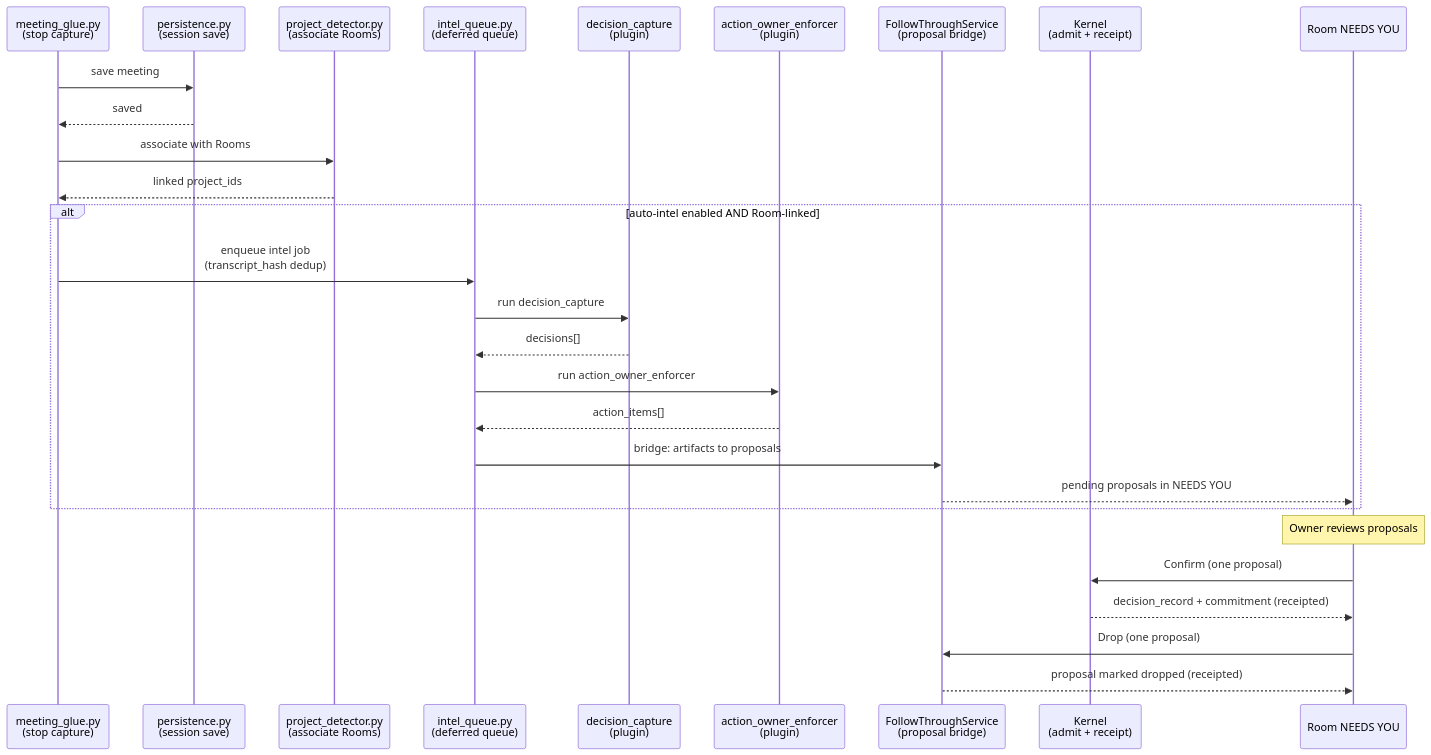
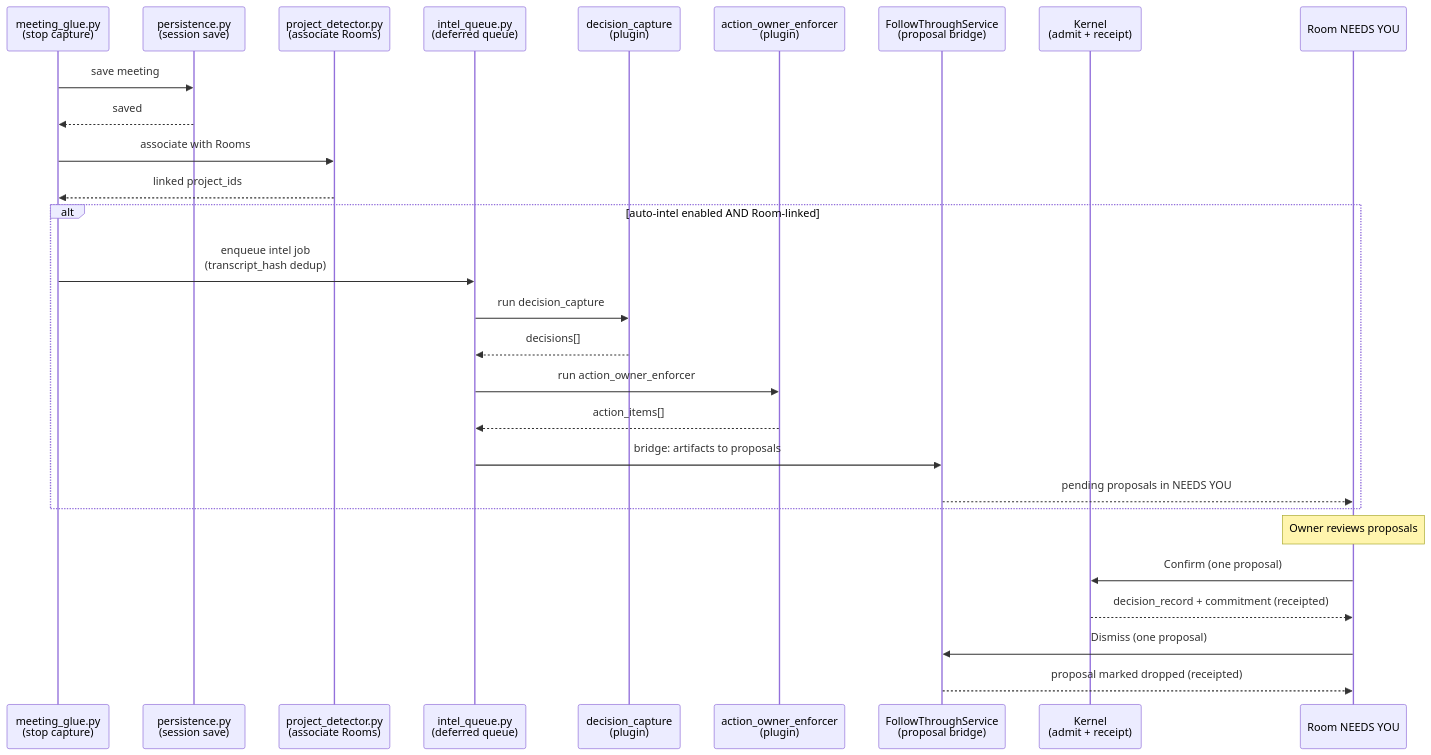
The seventh of 12 diagrams in docs/ARCHITECTURE.md (karolswdev/HoldSpeak), drawn with Mermaid before and after one commit. The commit also changed 2 other files, not shown here.

Commit message:
docs(pmo): HS-172-01 — the orchestrator's rulings on the thirteen boards (Dismiss not Drop; Edit is a Button; the lead slot is the source; no clipped text; no pronoun from a name; case-insensitive dedup; the display step is a fact); docs aligned
Claude-Session: https://claude.ai/code/session_016siGSBgZph9EhEdGMoyWcu
PMO-Story: HS-172-01
PMO-Contract-Digest: sha256:8aaf1a4257a80b1a6652514321bd1066160eabf9f0a3fd57fbf9a24b41cf8d39

````diff
--- a/docs/ARCHITECTURE.md
+++ b/docs/ARCHITECTURE.md
@@ -381,31 +381,31 @@
 ```mermaid
 sequenceDiagram
   participant MG as meeting_glue.py<br/>(stop capture)
   participant PS as persistence.py<br/>(session save)
   participant PD as project_detector.py<br/>(associate Rooms)
   participant IQ as intel_queue.py<br/>(deferred queue)
   participant DC as decision_capture<br/>(plugin)
   participant AO as action_owner_enforcer<br/>(plugin)
   participant FT as FollowThroughService<br/>(proposal bridge)
   participant KO as Kernel<br/>(admit + receipt)
   participant UI as Room NEEDS YOU
 
   MG->>PS: save meeting
   PS-->>MG: saved
   MG->>PD: associate with Rooms
   PD-->>MG: linked project_ids
   alt auto-intel enabled AND Room-linked
     MG->>IQ: enqueue intel job<br/>(transcript_hash dedup)
     IQ->>DC: run decision_capture
     DC-->>IQ: decisions[]
     IQ->>AO: run action_owner_enforcer
     AO-->>IQ: action_items[]
     IQ->>FT: bridge: artifacts to proposals
     FT-->>UI: pending proposals in NEEDS YOU
   end
   Note over UI: Owner reviews proposals
   UI->>KO: Confirm (one proposal)
   KO-->>UI: decision_record + commitment (receipted)
-  UI->>FT: Drop (one proposal)
+  UI->>FT: Dismiss (one proposal)
   FT-->>UI: proposal marked dropped (receipted)
 ```
````
